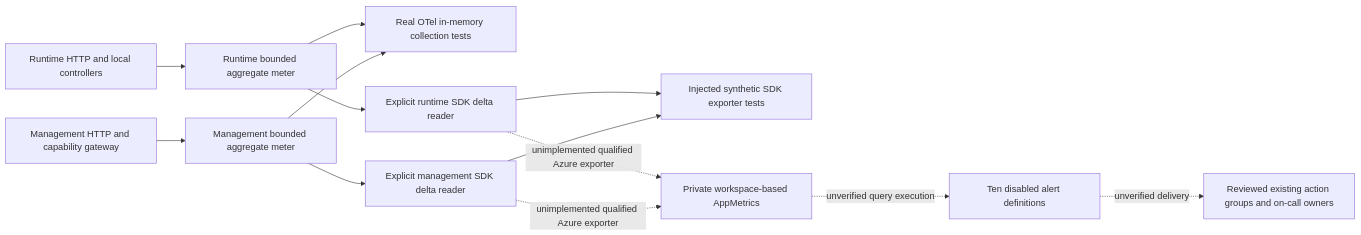
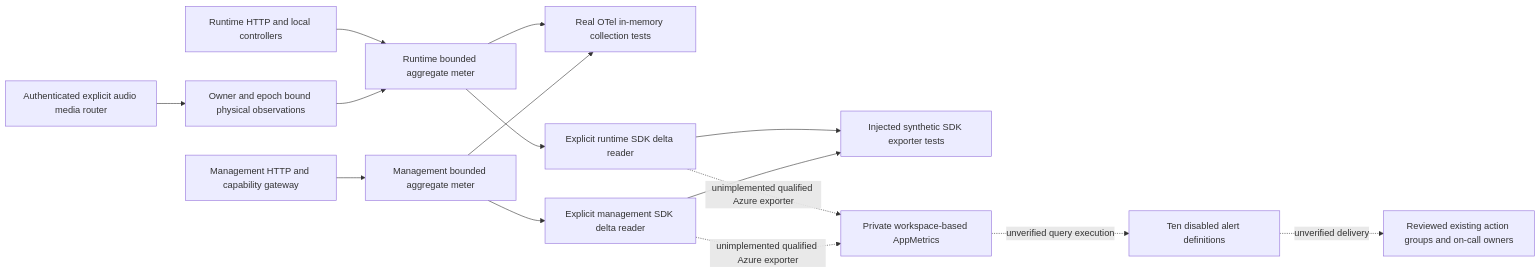
One commit to marvinbuss/caller-ai changed the diagram in code/docs/runbooks/monitoring.md. Above: the diagram before and after it, drawn with Mermaid. The commit also changed other lines of this file and 34 other files, not shown here.

````diff
--- a/code/docs/runbooks/monitoring.md
+++ b/code/docs/runbooks/monitoring.md
@@ -18,15 +18,17 @@
 ```mermaid
 flowchart LR
     Runtime[Runtime HTTP and local controllers] --> RuntimeMeter[Runtime bounded aggregate meter]
+   Media[Authenticated explicit audio media router] --> Physical[Owner and epoch bound physical observations]
+   Physical --> RuntimeMeter
     Management[Management HTTP and capability gateway] --> ManagementMeter[Management bounded aggregate meter]
     RuntimeMeter --> Local[Real OTel in-memory collection tests]
     ManagementMeter --> Local
    RuntimeMeter --> RuntimeDelta[Explicit runtime SDK delta reader]
    ManagementMeter --> ManagementDelta[Explicit management SDK delta reader]
    RuntimeDelta --> Sink[Injected synthetic SDK exporter tests]
    ManagementDelta --> Sink
    RuntimeDelta -. unimplemented qualified Azure exporter .-> Cloud[Private workspace-based AppMetrics]
    ManagementDelta -. unimplemented qualified Azure exporter .-> Cloud
     Cloud -. unverified query execution .-> Alerts[Ten disabled alert definitions]
     Alerts -. unverified delivery .-> Targets[Reviewed existing action groups and on-call owners]
 ```
````
